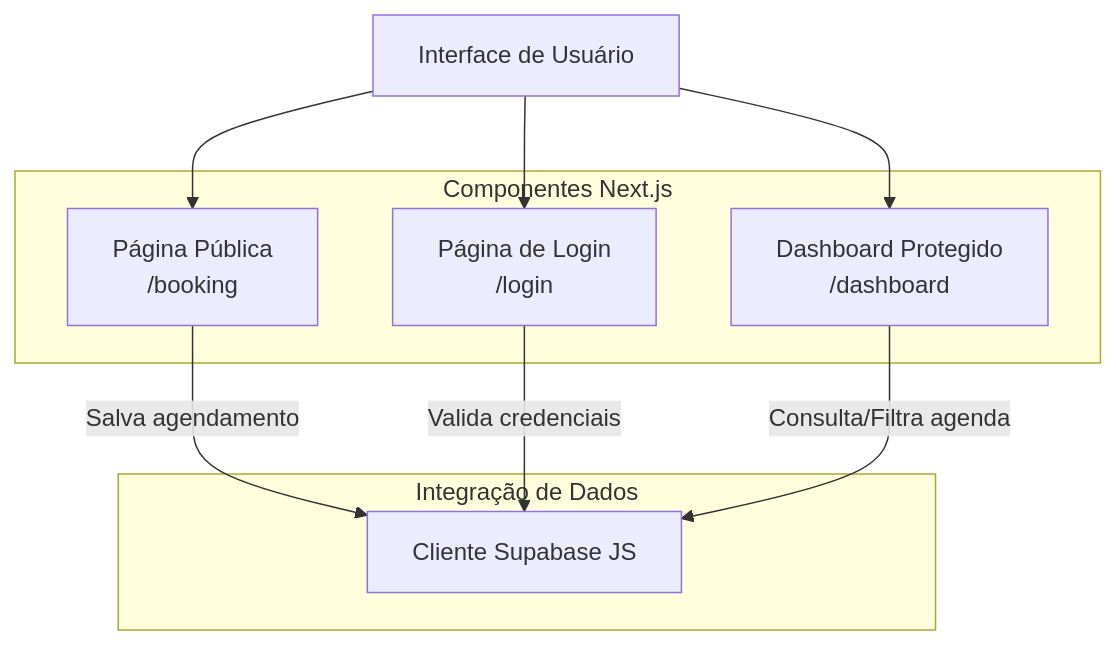
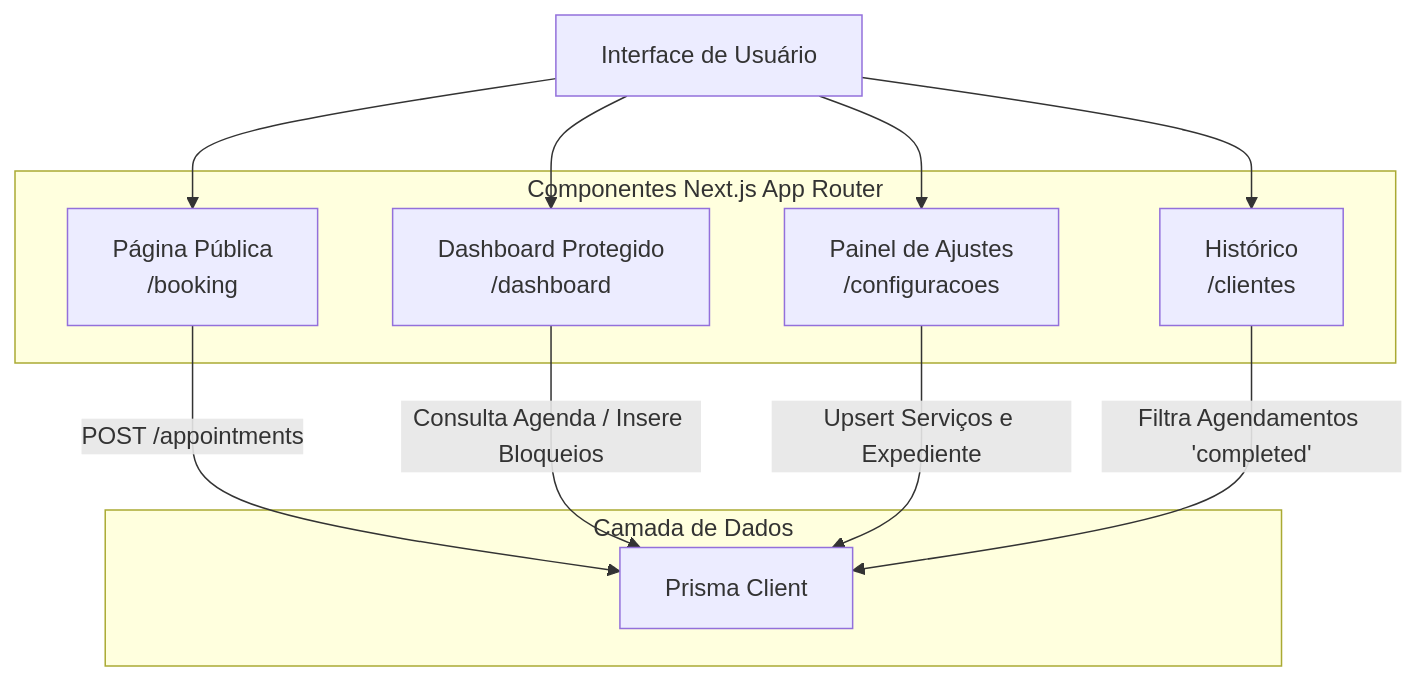
One commit to A-Mafioletti/Gerenciador-de-Agendamentos changed the third of 5 diagrams in docs/c4_model.md. Above: the diagram before and after it, drawn with Mermaid. The commit also changed other lines of this file and 39 other files, not shown here.

````diff
--- a/docs/c4_model.md
+++ b/docs/c4_model.md
@@ -49,22 +58,25 @@
 ```mermaid
 flowchart TD
     Interface[Interface de Usuário]
     
-    subgraph NextJS [Componentes Next.js]
+    subgraph NextJS [Componentes Next.js App Router]
         PaginaAgendamento[Página Pública\n/booking]
-        PaginaLogin[Página de Login\n/login]
         DashboardAdmin[Dashboard Protegido\n/dashboard]
+        Configuracoes[Painel de Ajustes\n/configuracoes]
+        Clientes[Histórico\n/clientes]
     end
     
-    subgraph SupabaseClient [Integração de Dados]
-        SupabaseJS[Cliente Supabase JS]
+    subgraph DataAccess [Camada de Dados]
+        PrismaClient[Prisma Client]
     end
 
     Interface --> PaginaAgendamento
-    Interface --> PaginaLogin
     Interface --> DashboardAdmin
+    Interface --> Configuracoes
+    Interface --> Clientes
 
-    PaginaAgendamento -->|Salva agendamento| SupabaseJS
-    PaginaLogin -->|Valida credenciais| SupabaseJS
-    DashboardAdmin -->|Consulta/Filtra agenda| SupabaseJS
+    PaginaAgendamento -->|POST /appointments| PrismaClient
+    DashboardAdmin -->|Consulta Agenda / Insere Bloqueios| PrismaClient
+    Configuracoes -->|Upsert Serviços e Expediente| PrismaClient
+    Clientes -->|Filtra Agendamentos 'completed'| PrismaClient
 ```
````
